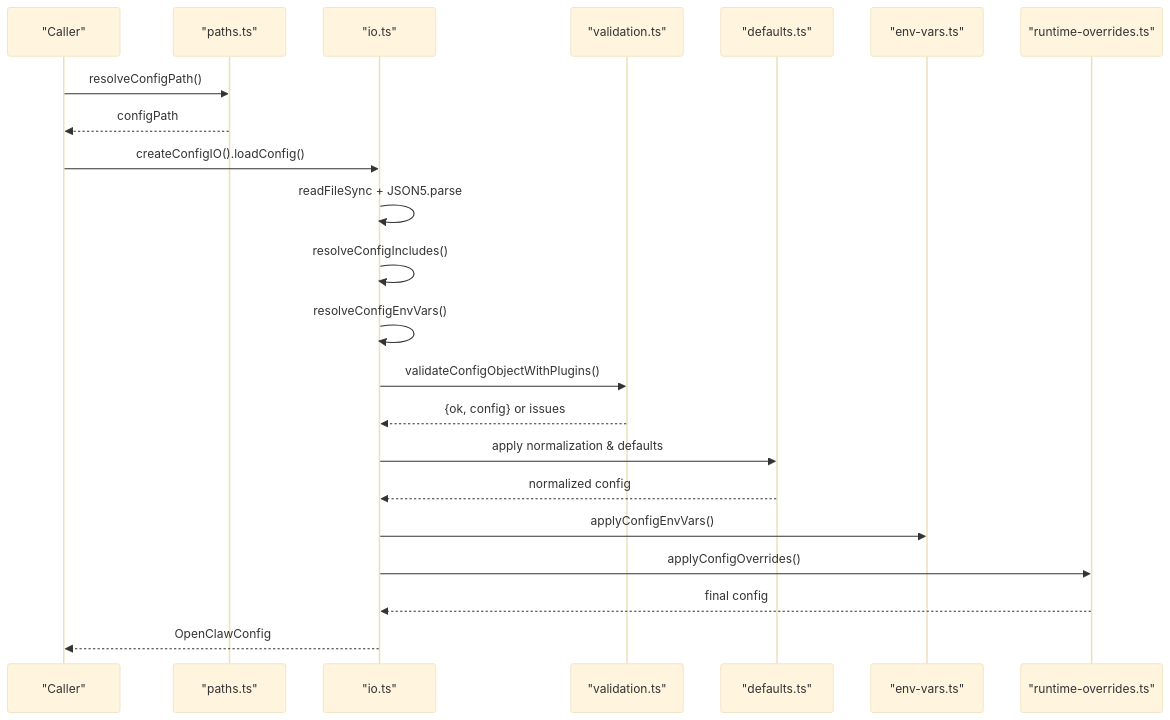
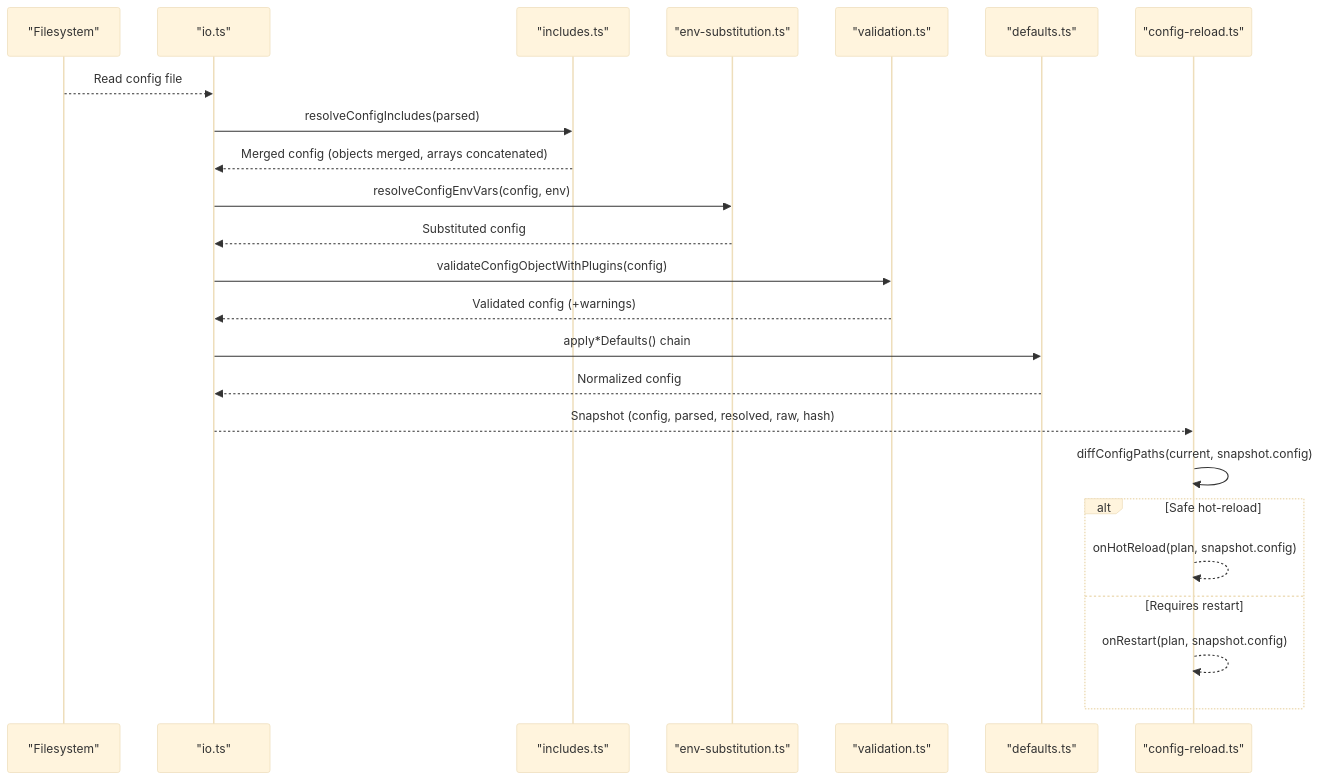
One commit to botx-work/OpenClaw-Internals changed the second of 10 diagrams in repowiki/en/content/Configuration Management/Configuration Architecture.md. Above: the diagram before and after it, drawn with Mermaid (base theme). The commit also changed other lines of this file and 332 other files, not shown here.

````diff
--- a/repowiki/en/content/Configuration Management/Configuration Architecture.md
+++ b/repowiki/en/content/Configuration Management/Configuration Architecture.md
@@ -102,24 +117,26 @@
 ```mermaid
 sequenceDiagram
-participant App as "Caller"
-participant Paths as "paths.ts"
+participant FS as "Filesystem"
 participant IO as "io.ts"
-participant Val as "validation.ts"
-participant Def as "defaults.ts"
-participant Env as "env-vars.ts"
-participant Rt as "runtime-overrides.ts"
-App->>Paths : resolveConfigPath()
-Paths-->>App : configPath
-App->>IO : createConfigIO().loadConfig()
-IO->>IO : readFileSync + JSON5.parse
-IO->>IO : resolveConfigIncludes()
-IO->>IO : resolveConfigEnvVars()
-IO->>Val : validateConfigObjectWithPlugins()
-Val-->>IO : {ok, config} or issues
-IO->>Def : apply normalization & defaults
-Def-->>IO : normalized config
-IO->>Env : applyConfigEnvVars()
-IO->>Rt : applyConfigOverrides()
-Rt-->>IO : final config
-IO-->>App : OpenClawConfig
+participant INC as "includes.ts"
+participant ENV as "env-substitution.ts"
+participant VAL as "validation.ts"
+participant DEF as "defaults.ts"
+participant GW as "config-reload.ts"
+FS-->>IO : Read config file
+IO->>INC : resolveConfigIncludes(parsed)
+INC-->>IO : Merged config (objects merged, arrays concatenated)
+IO->>ENV : resolveConfigEnvVars(config, env)
+ENV-->>IO : Substituted config
+IO->>VAL : validateConfigObjectWithPlugins(config)
+VAL-->>IO : Validated config (+warnings)
+IO->>DEF : apply*Defaults() chain
+DEF-->>IO : Normalized config
+IO-->>GW : Snapshot (config, parsed, resolved, raw, hash)
+GW->>GW : diffConfigPaths(current, snapshot.config)
+alt Safe hot-reload
+GW-->>GW : onHotReload(plan, snapshot.config)
+else Requires restart
+GW-->>GW : onRestart(plan, snapshot.config)
+end
 ```
````
